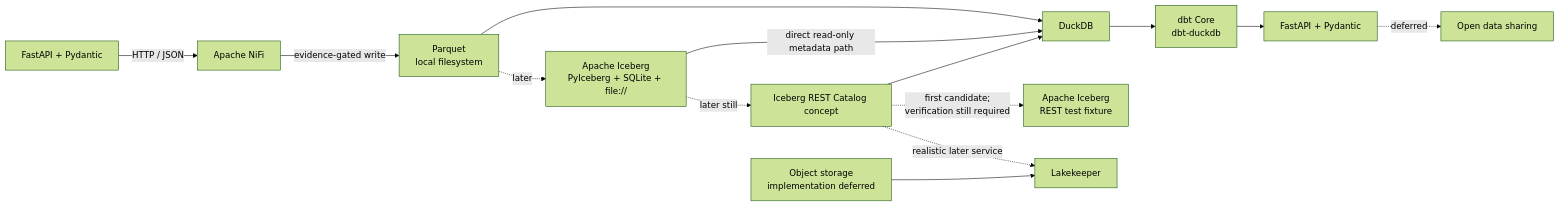
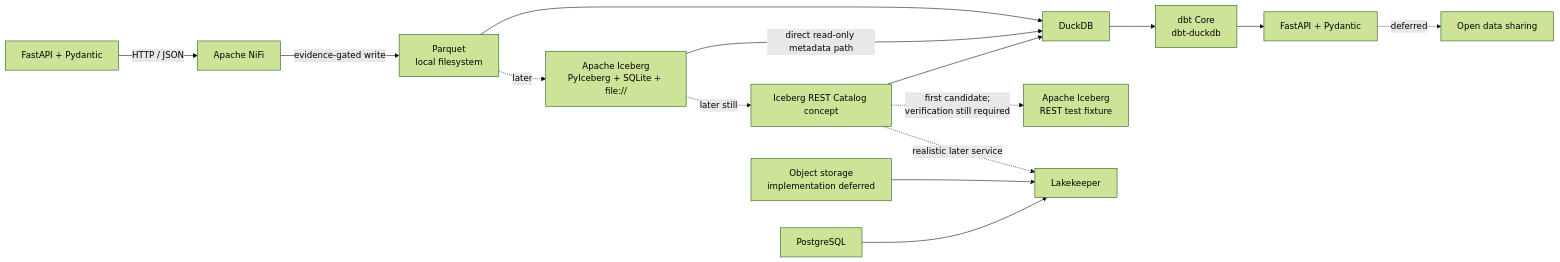
One commit to halkypi/data-platform-lab changed the first of 2 diagrams in research/minimal-local-data-platform-review.md. Above: the diagram before and after it, drawn with Mermaid (forest theme). The commit also changed other lines of this file, not shown here.

````diff
--- a/research/minimal-local-data-platform-review.md
+++ b/research/minimal-local-data-platform-review.md
@@ -284,20 +305,21 @@
 ```mermaid
 flowchart LR
     A["FastAPI + Pydantic"] -->|"HTTP / JSON"| B["Apache NiFi"]
     B -->|"evidence-gated write"| C["Parquet<br/>local filesystem"]
     C --> D["DuckDB"]
     D --> E["dbt Core<br/>dbt-duckdb"]
     E --> F["FastAPI + Pydantic"]
 
     C -. "later" .-> G["Apache Iceberg<br/>PyIceberg + SQLite + file://"]
     G -->|"direct read-only metadata path"| D
 
     G -. "later still" .-> R["Iceberg REST Catalog concept"]
     R --> D
 
     R -. "first candidate;<br/>verification still required" .-> X["Apache Iceberg<br/>REST test fixture"]
     R -. "realistic later service" .-> L["Lakekeeper"]
     O["Object storage<br/>implementation deferred"] --> L
+    P["PostgreSQL"] --> L
 
     F -. "deferred" .-> S["Open data sharing"]
 ```
````
